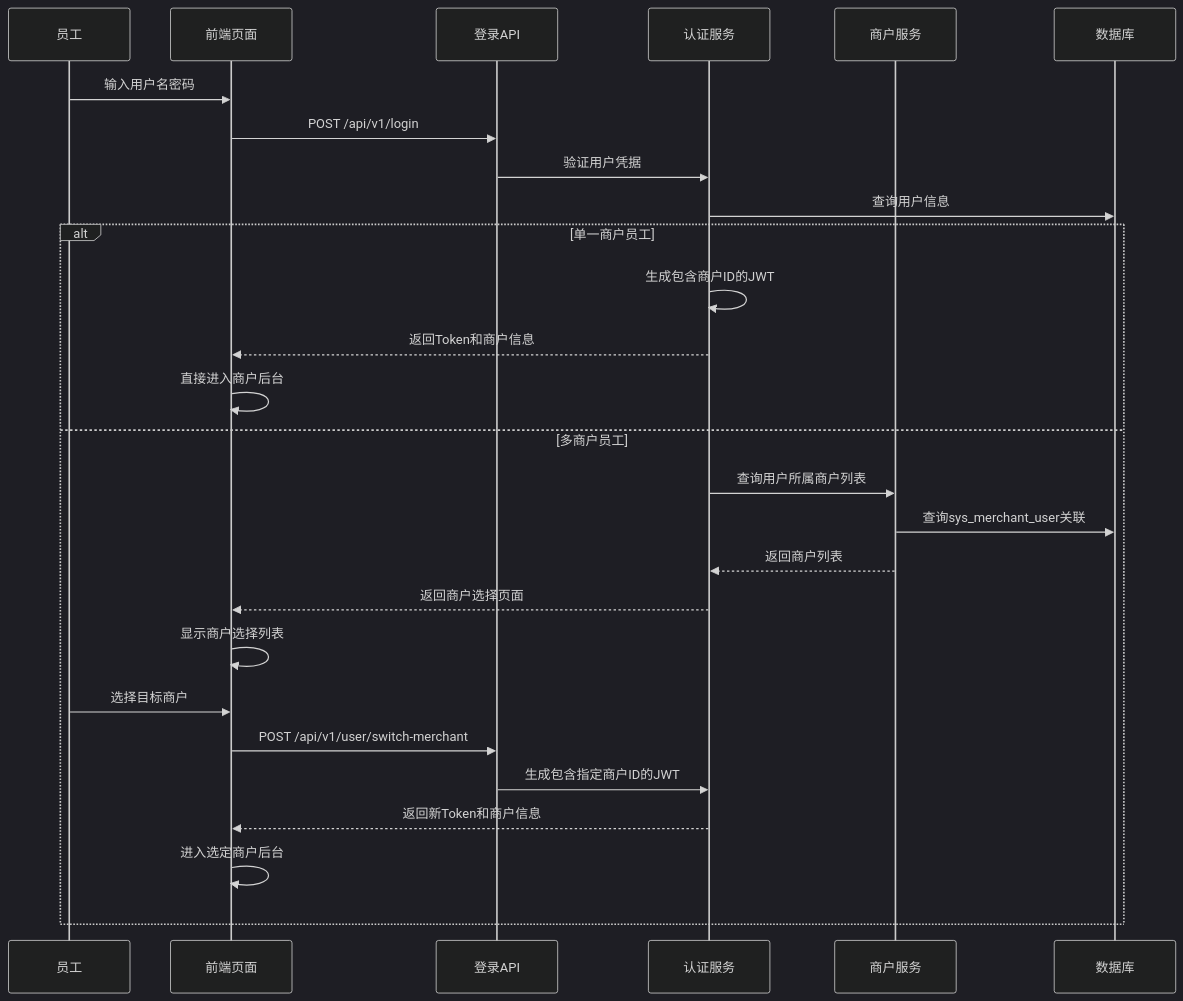
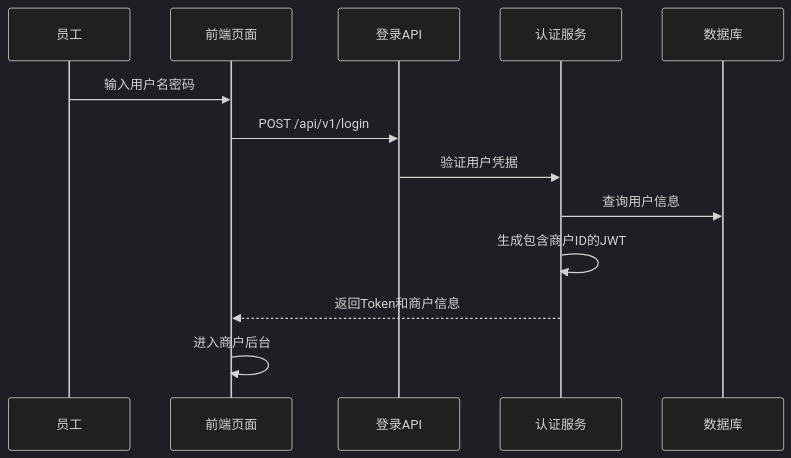
One commit to lele0124/qqgva changed the eighth of 15 diagrams in .qoder/quests/merchant-management-feature.md. Above: the diagram before and after it, drawn with Mermaid (dark theme). The commit also changed other lines of this file, not shown here.

````diff
--- a/.qoder/quests/merchant-management-feature.md
+++ b/.qoder/quests/merchant-management-feature.md
@@ -893,31 +1028,16 @@
 ```mermaid
 sequenceDiagram
     participant U as 员工
     participant F as 前端页面
     participant API as 登录API
     participant AUTH as 认证服务
-    participant MS as 商户服务
     participant DB as 数据库
     
     U->>F: 输入用户名密码
     F->>API: POST /api/v1/login
     API->>AUTH: 验证用户凭据
     AUTH->>DB: 查询用户信息
-    
-    alt 单一商户员工
-        AUTH->>AUTH: 生成包含商户ID的JWT
-        AUTH-->>F: 返回Token和商户信息
-        F->>F: 直接进入商户后台
-    else 多商户员工
-        AUTH->>MS: 查询用户所属商户列表
-        MS->>DB: 查询sys_merchant_user关联
-        MS-->>AUTH: 返回商户列表
-        AUTH-->>F: 返回商户选择页面
-        F->>F: 显示商户选择列表
-        U->>F: 选择目标商户
-        F->>API: POST /api/v1/user/switch-merchant
-        API->>AUTH: 生成包含指定商户ID的JWT
-        AUTH-->>F: 返回新Token和商户信息
-        F->>F: 进入选定商户后台
-    end
+    AUTH->>AUTH: 生成包含商户ID的JWT
+    AUTH-->>F: 返回Token和商户信息
+    F->>F: 进入商户后台
 ```
````
